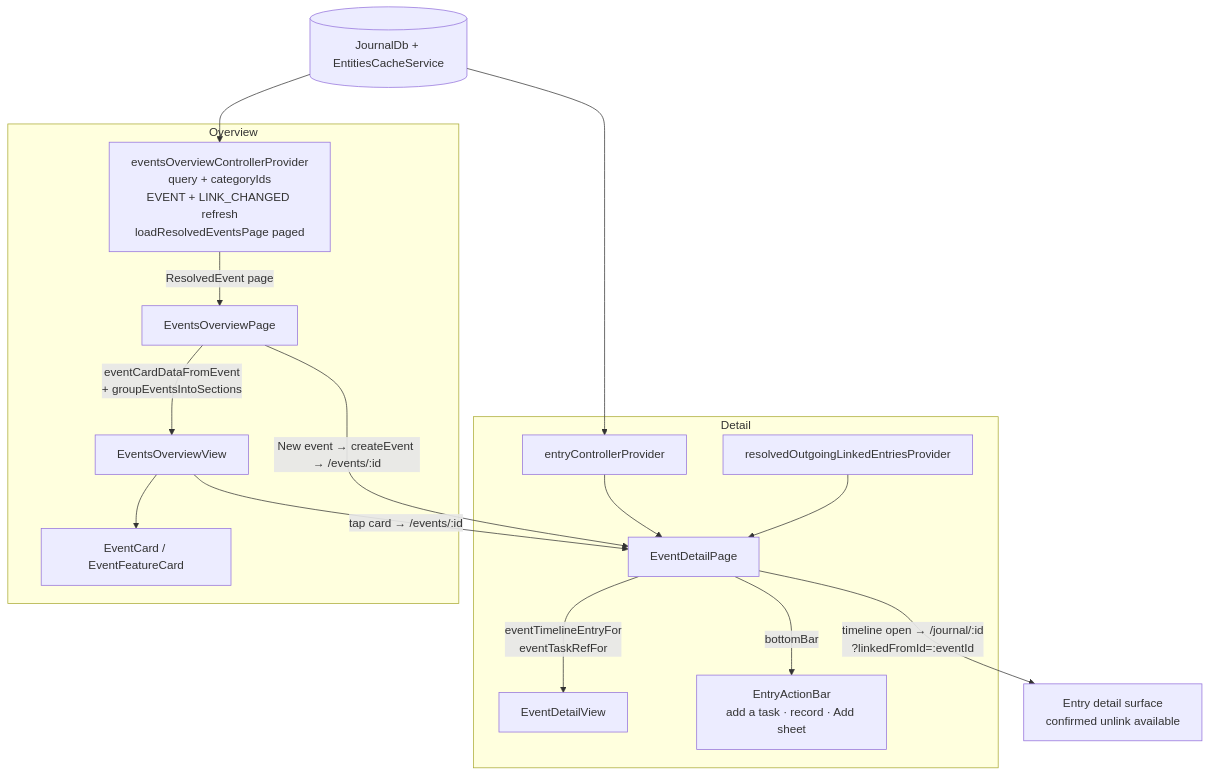
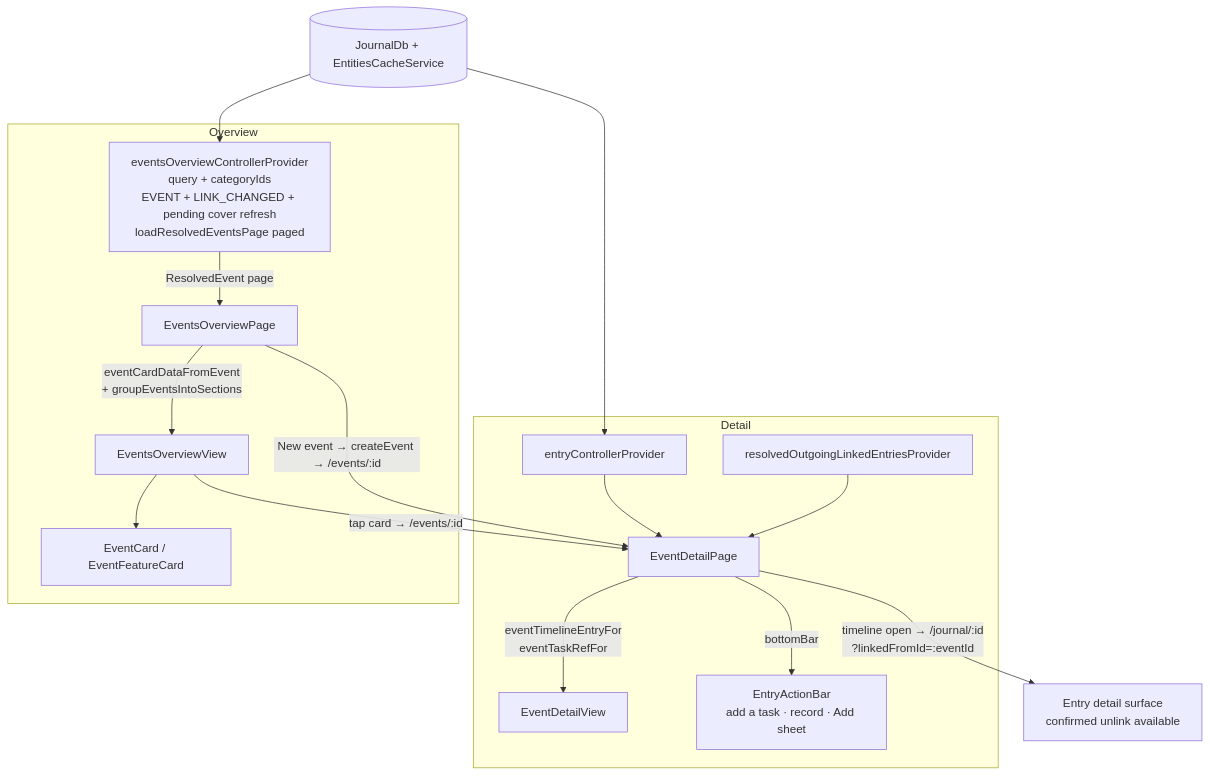
Before and after one commit to matthiasn/lotti: the first of 2 diagrams in knowledge/features/events.md, drawn with Mermaid. The commit also changed other lines of this file and 11 other files, not shown here.

Commit message:
fix(events): overview cards pick up a cover photo that syncs in after its link or before its file (#4884)

````diff
--- a/knowledge/features/events.md
+++ b/knowledge/features/events.md
@@ -39,23 +39,23 @@
 ```mermaid
 flowchart TD
     DB[(JournalDb + EntitiesCacheService)]
 
     subgraph Overview
-      ESP[eventsOverviewControllerProvider<br/>query + categoryIds<br/>EVENT + LINK_CHANGED refresh<br/>loadResolvedEventsPage paged] -->|ResolvedEvent page| OP[EventsOverviewPage]
+      ESP[eventsOverviewControllerProvider<br/>query + categoryIds<br/>EVENT + LINK_CHANGED + pending cover refresh<br/>loadResolvedEventsPage paged] -->|ResolvedEvent page| OP[EventsOverviewPage]
       OP -->|eventCardDataFromEvent<br/>+ groupEventsIntoSections| OV[EventsOverviewView]
       OV --> CARD[EventCard / EventFeatureCard]
     end
 
     subgraph Detail
       EC[entryControllerProvider] --> DP[EventDetailPage]
       RLE[resolvedOutgoingLinkedEntriesProvider] --> DP
       DP -->|eventTimelineEntryFor<br/>eventTaskRefFor| DV[EventDetailView]
       DP -->|bottomBar| BAR[EntryActionBar<br/>add a task · record · Add sheet]
     end
 
     DB --> ESP
     DB --> EC
     OV -->|tap card → /events/:id| DP
     OP -->|New event → createEvent → /events/:id| DP
     DP -->|timeline open → /journal/:id<br/>?linkedFromId=:eventId| LEGACY[Entry detail surface<br/>confirmed unlink available]
 ```
````
